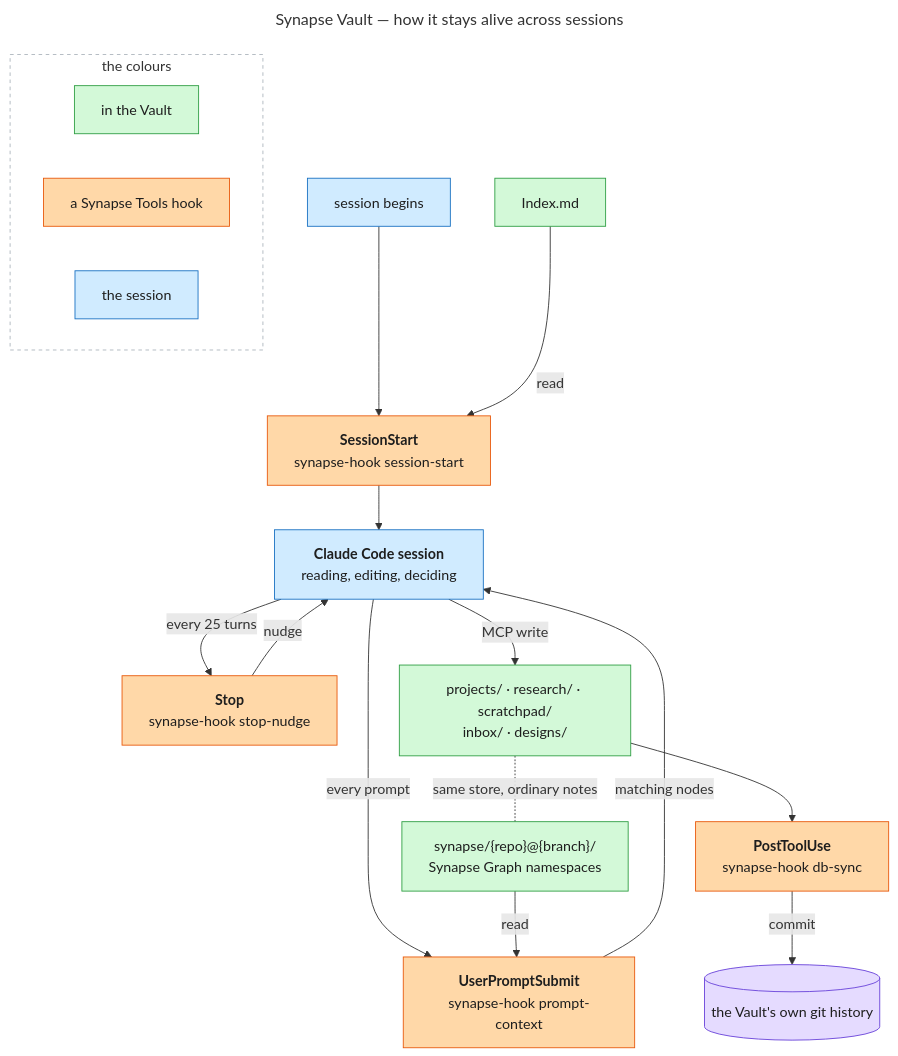
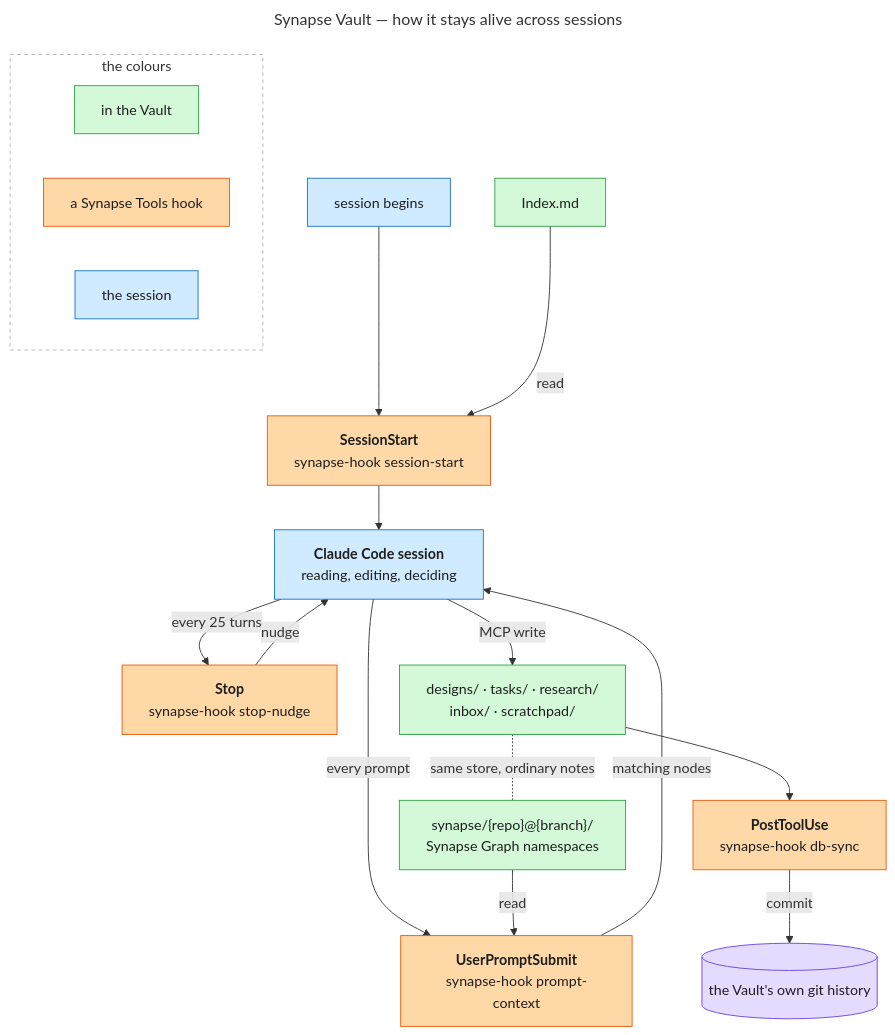
The diagram in docs/diagrams/synapse-vault-overview.mmd (imunitic/synapse), drawn with Mermaid before and after one commit. The commit also changed 12 other files, not shown here.

First line of the commit message:
docs(synapse): rename vault folders projects/ -> tasks/, inbox goes freeform

```diff
--- a/docs/diagrams/synapse-vault-overview.mmd
+++ b/docs/diagrams/synapse-vault-overview.mmd
@@ -1,58 +1,58 @@
 ---
 title: Synapse Vault — how it stays alive across sessions
 ---
 %% Kept deliberately flat: NO subgraph for the Vault. Mermaid drew its cluster box
 %% around the hooks and the session too, which reads as "these live inside the
 %% Vault" -- false. Colour carries membership instead, and edge labels are held
 %% to two or three words. Long labels on crossing edges land on top of boxes.
 %% -- Boxes carry NAMES. What each hook actually does is in the reference table
 %% under this diagram in docs/synapse-vault.md: a rectangle holding five lines of
 %% mechanism is a paragraph in a box, unreadable at exactly the glance a diagram
 %% exists to serve.
 flowchart TB
     classDef hook fill:#ffd8a8,stroke:#e8590c,color:#1e1e1e
     classDef vault fill:#d3f9d8,stroke:#2f9e44,color:#1e1e1e
     classDef session fill:#d0ebff,stroke:#1971c2,color:#1e1e1e
     classDef store fill:#e5dbff,stroke:#6741d9,color:#1e1e1e
 
     BEGIN["session begins"]
     H1["<b>SessionStart</b><br/>synapse-hook session-start"]
     WORK["<b>Claude Code session</b><br/>reading, editing, deciding"]
     H2["<b>Stop</b><br/>synapse-hook stop-nudge"]
     H3["<b>PostToolUse</b><br/>synapse-hook db-sync"]
     H4["<b>UserPromptSubmit</b><br/>synapse-hook prompt-context"]
 
     IDX["Index.md"]
-    FOLDERS["projects/ · research/ · scratchpad/<br/>inbox/ · designs/"]
+    FOLDERS["designs/ · tasks/ · research/<br/>inbox/ · scratchpad/"]
     SYN["synapse/{repo}@{branch}/<br/>Synapse Graph namespaces"]
     GIT[("the Vault's own git history")]
 
     BEGIN --> H1
     IDX -->|"read"| H1
     H1 --> WORK
     WORK -->|"every 25 turns"| H2
     H2 -->|"nudge"| WORK
     WORK -->|"every prompt"| H4
     SYN -->|"read"| H4
     H4 -->|"matching nodes"| WORK
     WORK -->|"MCP write"| FOLDERS
     FOLDERS --> H3
     H3 -->|"commit"| GIT
 
     class H1,H2,H3,H4 hook
     class IDX,FOLDERS,SYN vault
     class BEGIN,WORK session
     class GIT store
 
     FOLDERS -.-|"same store, ordinary notes"| SYN
 
     subgraph KEY["the colours"]
         direction LR
         K1["in the Vault"]
         K2["a Synapse Tools hook"]
         K3["the session"]
     end
     class K1 vault
     class K2 hook
     class K3 session
     style KEY fill:#ffffff,stroke:#adb5bd,stroke-dasharray:4 4
```
